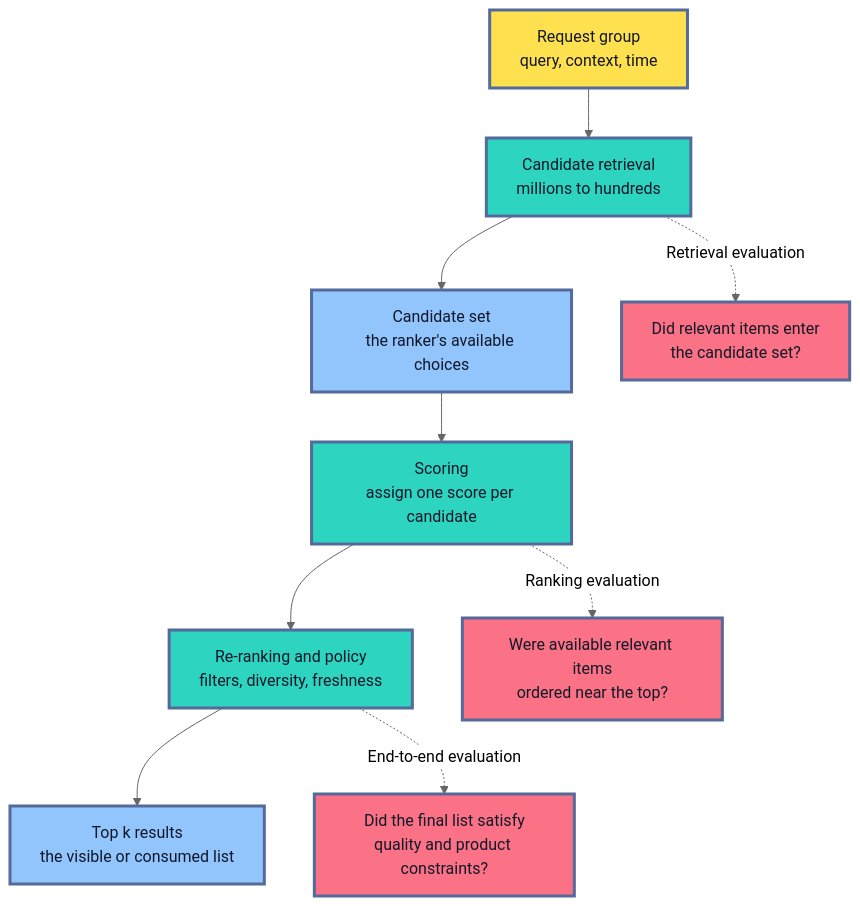
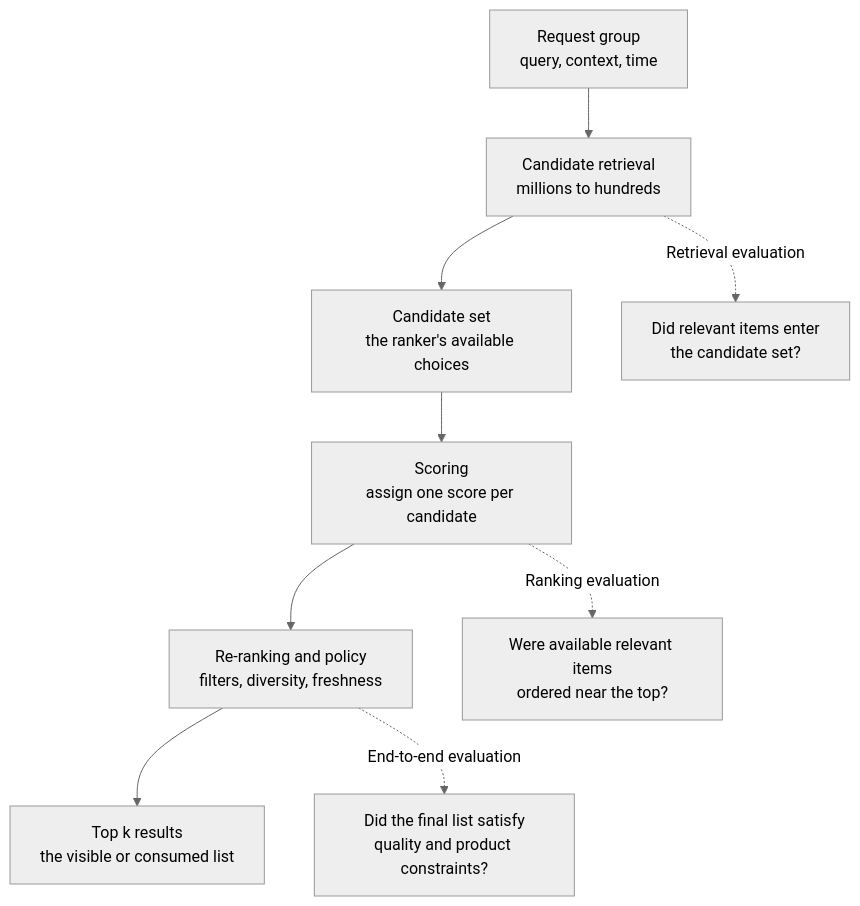
Before and after one commit to senlinyy/dev-roadmaps: the second of 8 diagrams in roadmaps/mlops/modules/model-evaluation/offline-evaluation/04-ranking-and-retrieval-evaluation.md, drawn with Mermaid (neutral theme). The commit also changed other lines of this file and 152 other files, not shown here.

Commit message:
feat: mlops and diagrams updated

````diff
--- a/roadmaps/mlops/modules/model-evaluation/offline-evaluation/04-ranking-and-retrieval-evaluation.md
+++ b/roadmaps/mlops/modules/model-evaluation/offline-evaluation/04-ranking-and-retrieval-evaluation.md
@@ -115,21 +111,17 @@
 ```mermaid
 flowchart TD
     A["Request group<br/>query, context, time"] --> B["Candidate retrieval<br/>millions to hundreds"]
     B --> C["Candidate set<br/>the ranker's available choices"]
     C --> D["Scoring<br/>assign one score per candidate"]
     D --> E["Re-ranking and policy<br/>filters, diversity, freshness"]
     E --> F["Top k results<br/>the visible or consumed list"]
 
     B -. "Retrieval evaluation" .-> G["Did relevant items enter<br/>the candidate set?"]
     D -. "Ranking evaluation" .-> H["Were available relevant items<br/>ordered near the top?"]
     E -. "End-to-end evaluation" .-> I["Did the final list satisfy<br/>quality and product constraints?"]
 
-    classDef request fill:#FFE04F,stroke:#536A9A,stroke-width:3px,color:#111827
-    classDef stage fill:#2DD4BF,stroke:#536A9A,stroke-width:3px,color:#0F172A
-    classDef output fill:#93C5FD,stroke:#536A9A,stroke-width:3px,color:#0F172A
-    classDef question fill:#FB7185,stroke:#536A9A,stroke-width:3px,color:#111827
     class A request
     class B,D,E stage
     class C,F output
     class G,H,I question
 ```
````
